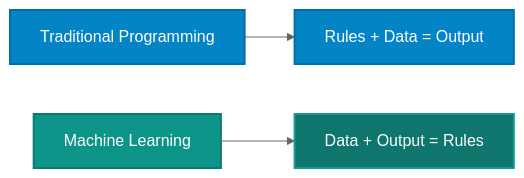
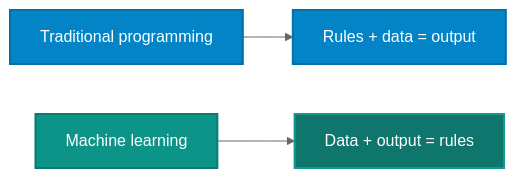
Before and after one commit to nitin27may/ai-resources: the diagram in docs/getting-started/index.md, drawn with Mermaid (neutral theme). The commit also changed other lines of this file and 1 other file, not shown here.

````diff
--- a/docs/getting-started/index.md
+++ b/docs/getting-started/index.md
@@ -30,10 +46,10 @@
 ```mermaid
 graph LR
-    A[Traditional Programming] --> B["Rules + Data = Output"]
-    C[Machine Learning] --> D["Data + Output = Rules"]
+    A[Traditional programming] --> B["Rules + data = output"]
+    C[Machine learning] --> D["Data + output = rules"]
 
     style A fill:#0284c7,stroke:#0270a8,stroke-width:2px,color:#fff
     style B fill:#0284c7,stroke:#0270a8,stroke-width:2px,color:#fff
     style C fill:#0d9488,stroke:#0b7a72,stroke-width:2px,color:#fff
     style D fill:#0f766e,stroke:#119b91,stroke-width:2px,color:#fff
 ```
````
